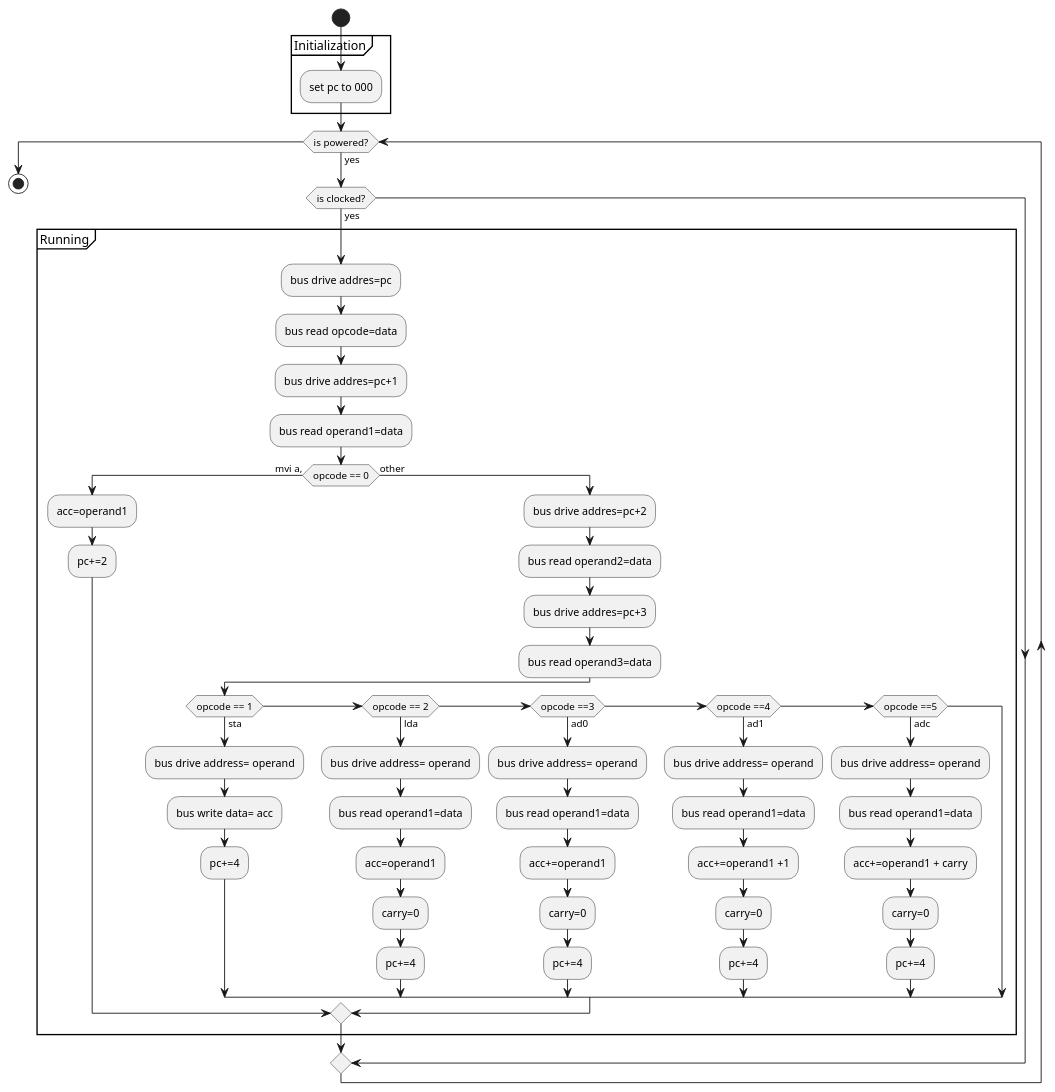
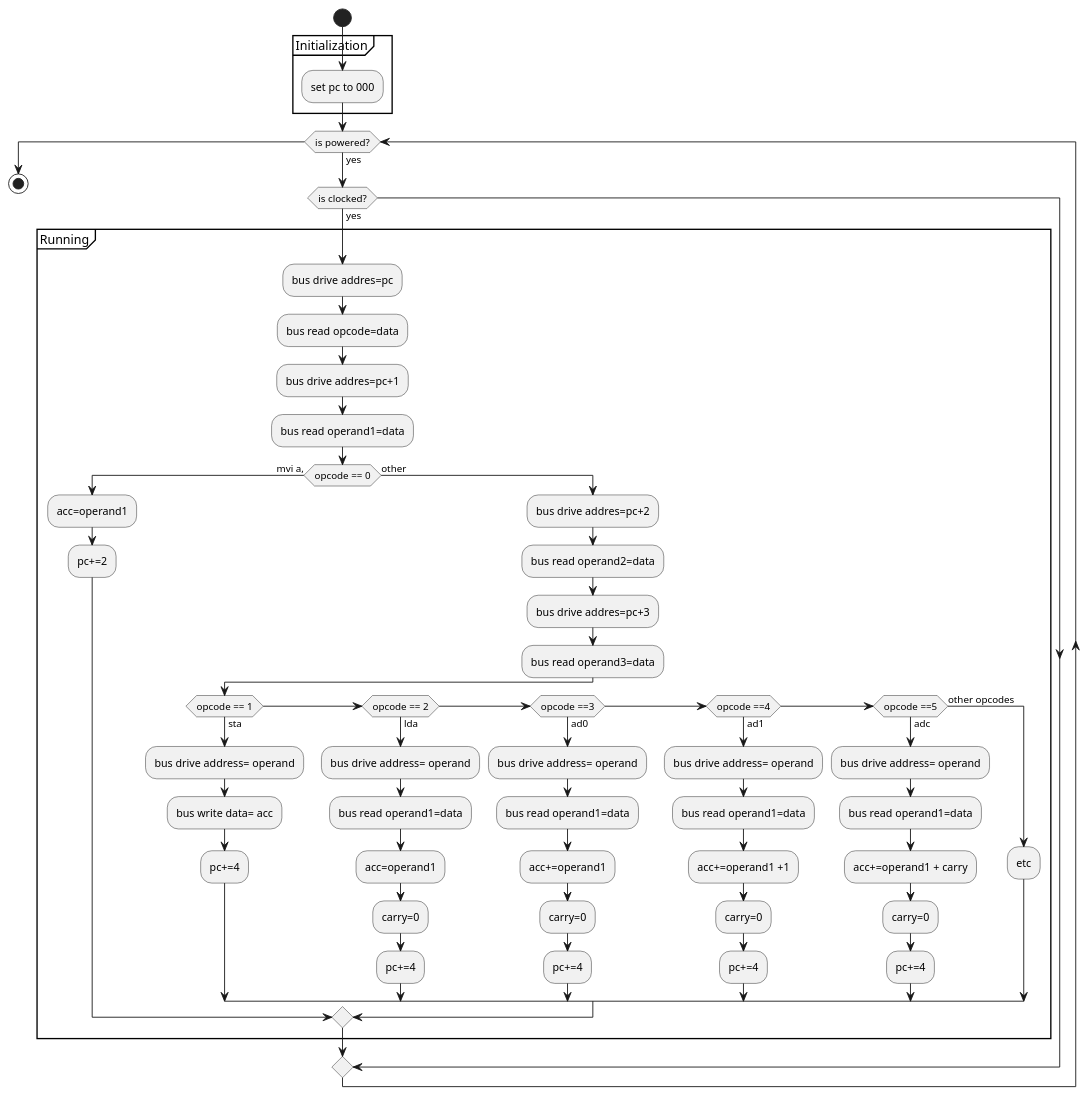
The diagram in doc/cpu_fn.puml (bfarago/bjtcputoolchain), drawn with PlantUML before and after one commit.

```diff
--- a/doc/cpu_fn.puml
+++ b/doc/cpu_fn.puml
@@ -1,58 +1,60 @@
 @startuml
 start
 partition Initialization {
 	:set pc to 000;
 }
 
   while (is powered?)
    ->yes;
    if (is clocked?) then (yes)
 partition Running {
     :bus drive addres=pc;
     :bus read opcode=data;
     :bus drive addres=pc+1;
     :bus read operand1=data;
     if (opcode == 0) then (mvi a,)
      :acc=operand1;
      :pc+=2;
     else (other)
      :bus drive addres=pc+2;
      :bus read operand2=data;
      :bus drive addres=pc+3;
      :bus read operand3=data;
      if (opcode == 1) then (sta)
         :bus drive address= operand;
         :bus write data= acc;
         :pc+=4;
      elseif (opcode == 2) then (lda)
         :bus drive address= operand;
         :bus read operand1=data;
 	:acc=operand1;
         :carry=0;
         :pc+=4;
      elseif (opcode ==3) then (ad0)
         :bus drive address= operand;
         :bus read operand1=data;
         :acc+=operand1;
         :carry=0;
         :pc+=4;
      elseif (opcode ==4) then (ad1)
         :bus drive address= operand;
         :bus read operand1=data;
         :acc+=operand1 +1;
         :carry=0;
         :pc+=4;
      elseif (opcode ==5) then (adc)
         :bus drive address= operand;
         :bus read operand1=data;
         :acc+=operand1 + carry;
         :carry=0;
         :pc+=4;
+     else (other opcodes)
+        :etc;
      endif
     endif
 }
    endif
   endwhile
 
 stop
 @enduml
```
